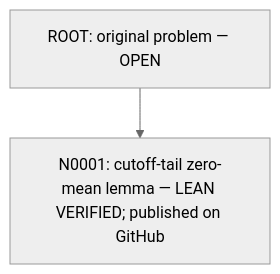
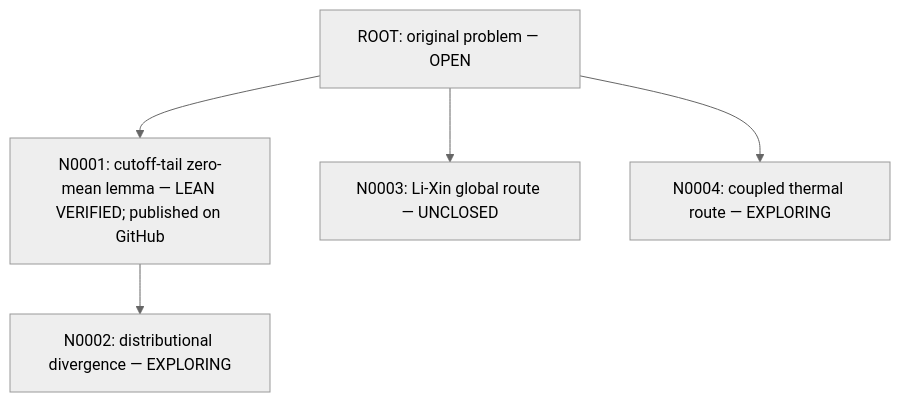
Before and after one commit to SongXin2357/xiong-fns-general-vacuum: the diagram in README.md, drawn with Mermaid (neutral theme). The commit also changed other lines of this file and 16 other files, not shown here.

````diff
--- a/README.md
+++ b/README.md
@@ -9,4 +9,7 @@
 ```mermaid
 flowchart TD
  ROOT["ROOT: original problem — OPEN"] --> N0001["N0001: cutoff-tail zero-mean lemma — LEAN VERIFIED; published on GitHub"]
+ N0001 --> N0002["N0002: distributional divergence — EXPLORING"]
+ ROOT --> N0003["N0003: Li-Xin global route — UNCLOSED"]
+ ROOT --> N0004["N0004: coupled thermal route — EXPLORING"]
 ```
````
